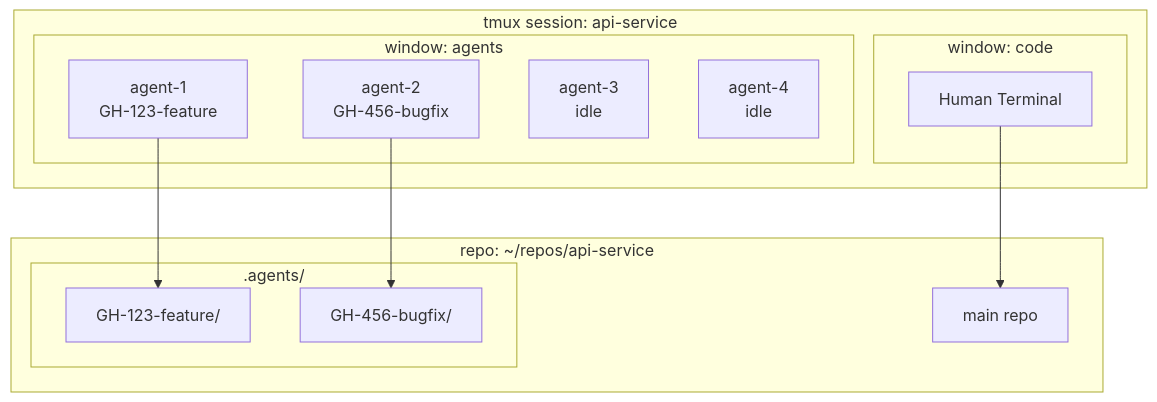
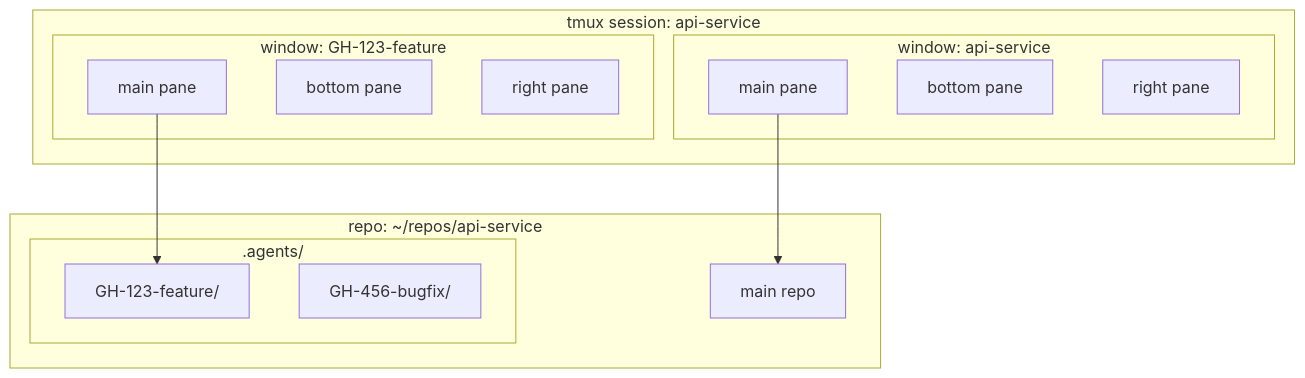
The diagram in README.md (sashajdn/dotf), drawn with Mermaid before and after one commit. The commit also changed other lines of this file and 15 other files, not shown here.

````diff
--- a/README.md
+++ b/README.md
@@ -197,26 +204,26 @@
 ```mermaid
 graph TB
     subgraph "tmux session: api-service"
-        subgraph "window: code"
-            H[Human Terminal]
+        subgraph "window: api-service"
+            H[main pane]
+            B[bottom pane]
+            R[right pane]
         end
-        subgraph "window: agents"
-            A1[agent-1<br/>GH-123-feature]
-            A2[agent-2<br/>GH-456-bugfix]
-            A3[agent-3<br/>idle]
-            A4[agent-4<br/>idle]
+        subgraph "window: GH-123-feature"
+            U1[main pane]
+            U2[bottom pane]
+            U3[right pane]
         end
     end
 
     subgraph "repo: ~/repos/api-service"
         MAIN[main repo]
         subgraph ".agents/"
             W1[GH-123-feature/]
             W2[GH-456-bugfix/]
         end
     end
 
-    A1 --> W1
-    A2 --> W2
+    U1 --> W1
     H --> MAIN
 ```
````
